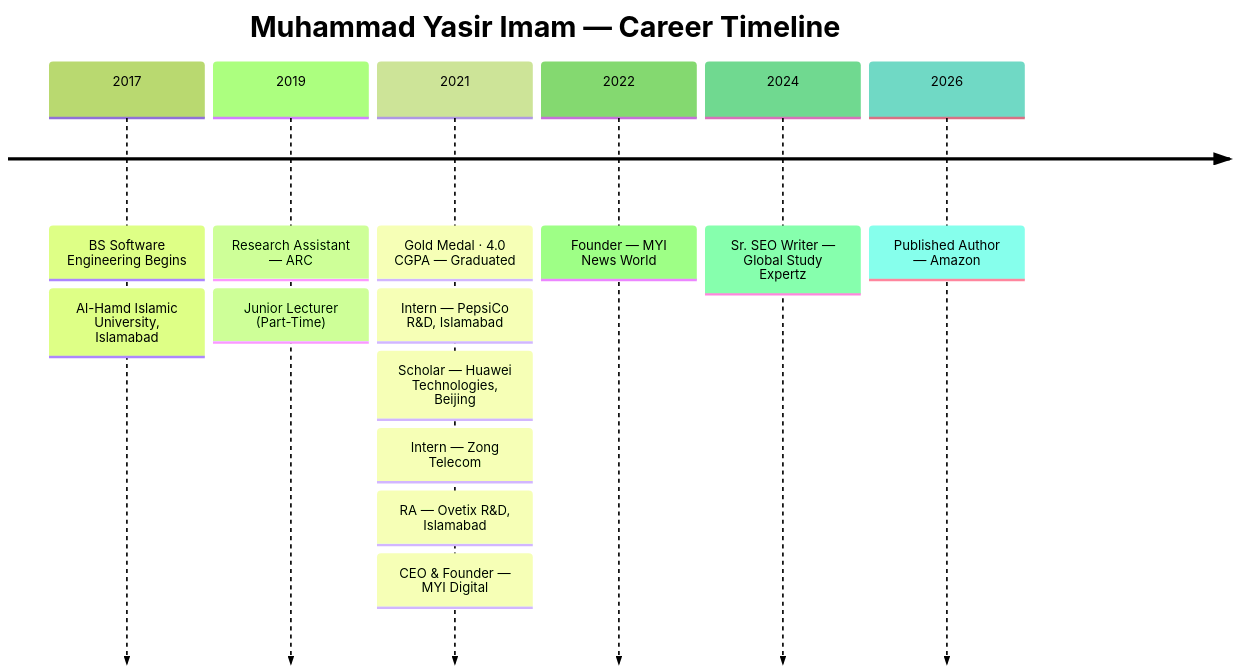
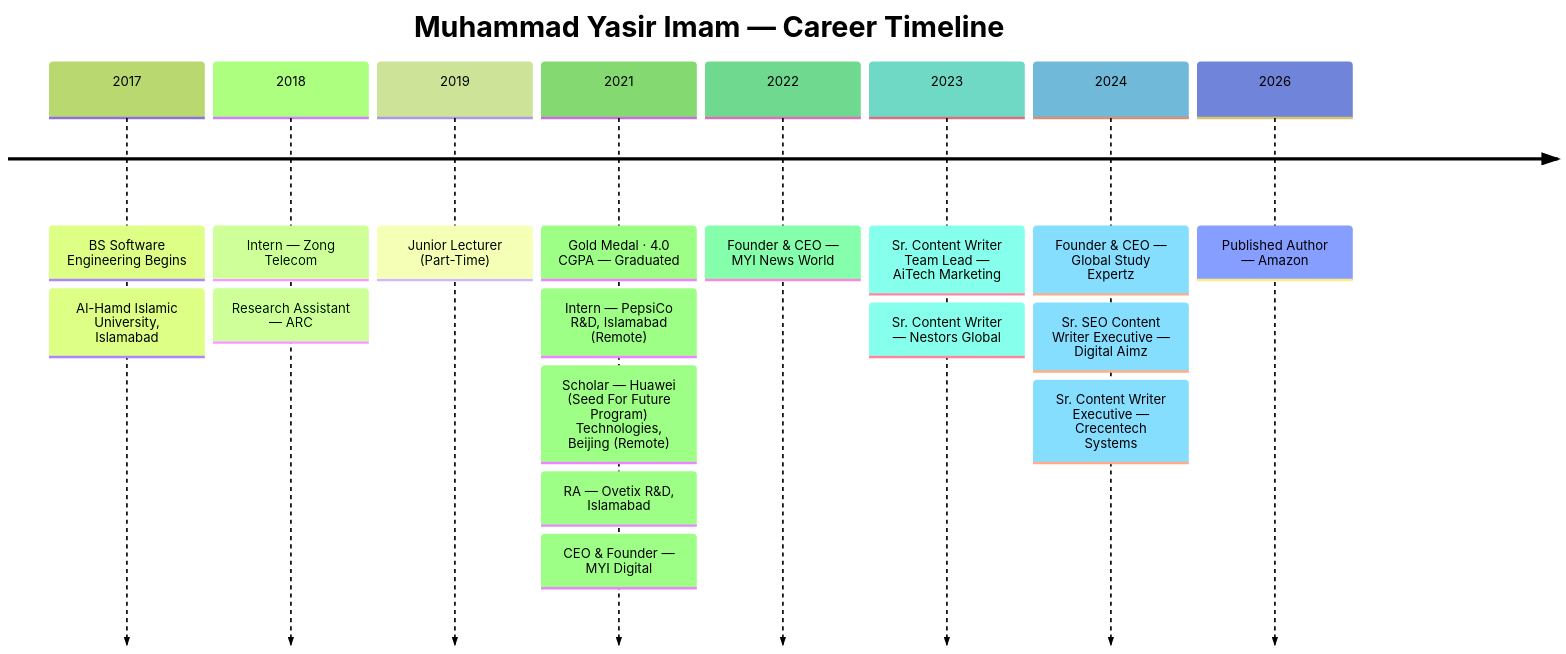
Before and after one commit to muhammadyasirimam/muhammadyasirimam: the diagram in README.md, drawn with Mermaid (forest theme). The commit also changed other lines of this file, not shown here.

Commit message:
Update follower count and career timeline details

````diff
--- a/README.md
+++ b/README.md
@@ -160,17 +160,21 @@
 ```mermaid
 timeline
     title Muhammad Yasir Imam — Career Timeline
     2017 : BS Software Engineering Begins
          : Al-Hamd Islamic University, Islamabad
-    2019 : Research Assistant — ARC
-         : Junior Lecturer (Part-Time)
+    2018 : Intern — Zong Telecom
+         : Research Assistant — ARC
+    2019 : Junior Lecturer (Part-Time)
     2021 : Gold Medal · 4.0 CGPA — Graduated
-         : Intern — PepsiCo R&D, Islamabad
-         : Scholar — Huawei Technologies, Beijing
-         : Intern — Zong Telecom
+         : Intern — PepsiCo R&D, Islamabad (Remote)
+         : Scholar — Huawei (Seed For Future Program) Technologies, Beijing (Remote)
          : RA — Ovetix R&D, Islamabad
          : CEO & Founder — MYI Digital
-    2022 : Founder — MYI News World
-    2024 : Sr. SEO Writer — Global Study Expertz
+    2022 : Founder & CEO — MYI News World
+    2023 : Sr. Content Writer Team Lead — AiTech Marketing
+         : Sr. Content Writer — Nestors Global
+    2024 : Founder & CEO — Global Study Expertz
+         : Sr. SEO Content Writer Executive — Digital Aimz
+         : Sr. Content Writer Executive — Crecentech Systems 
     2026 : Published Author — Amazon
 ```
````
